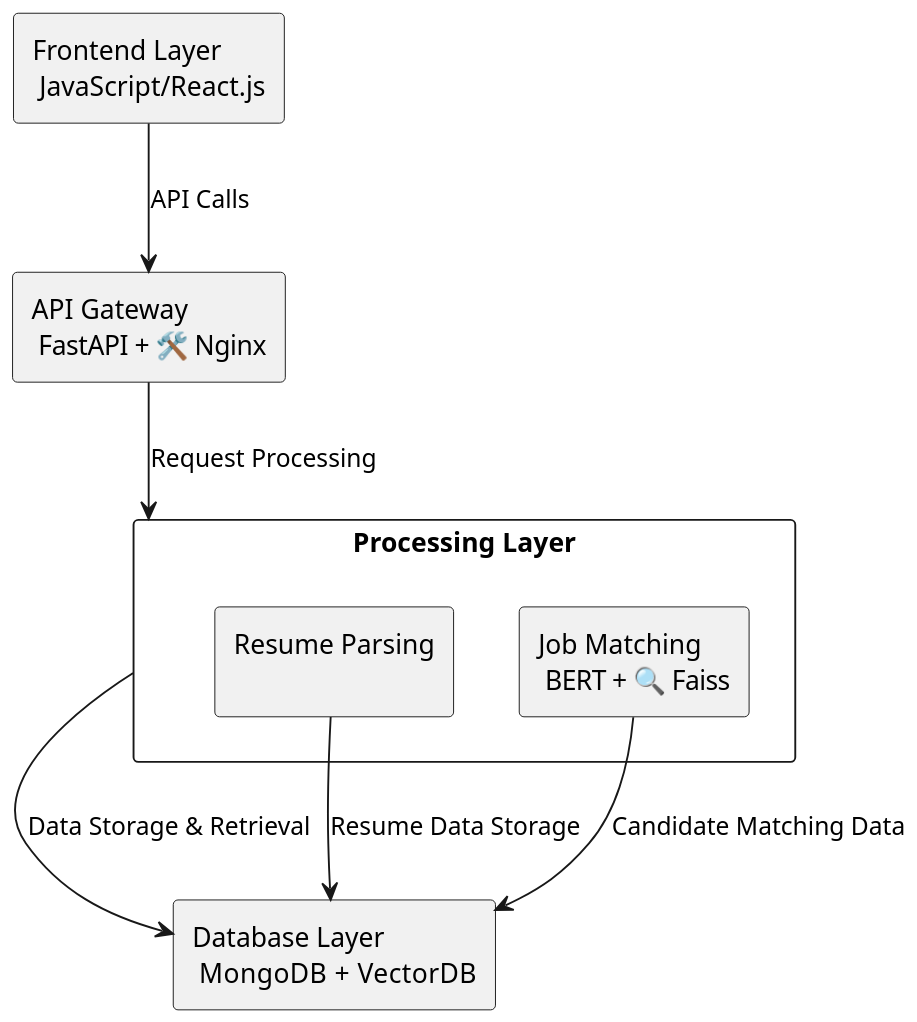
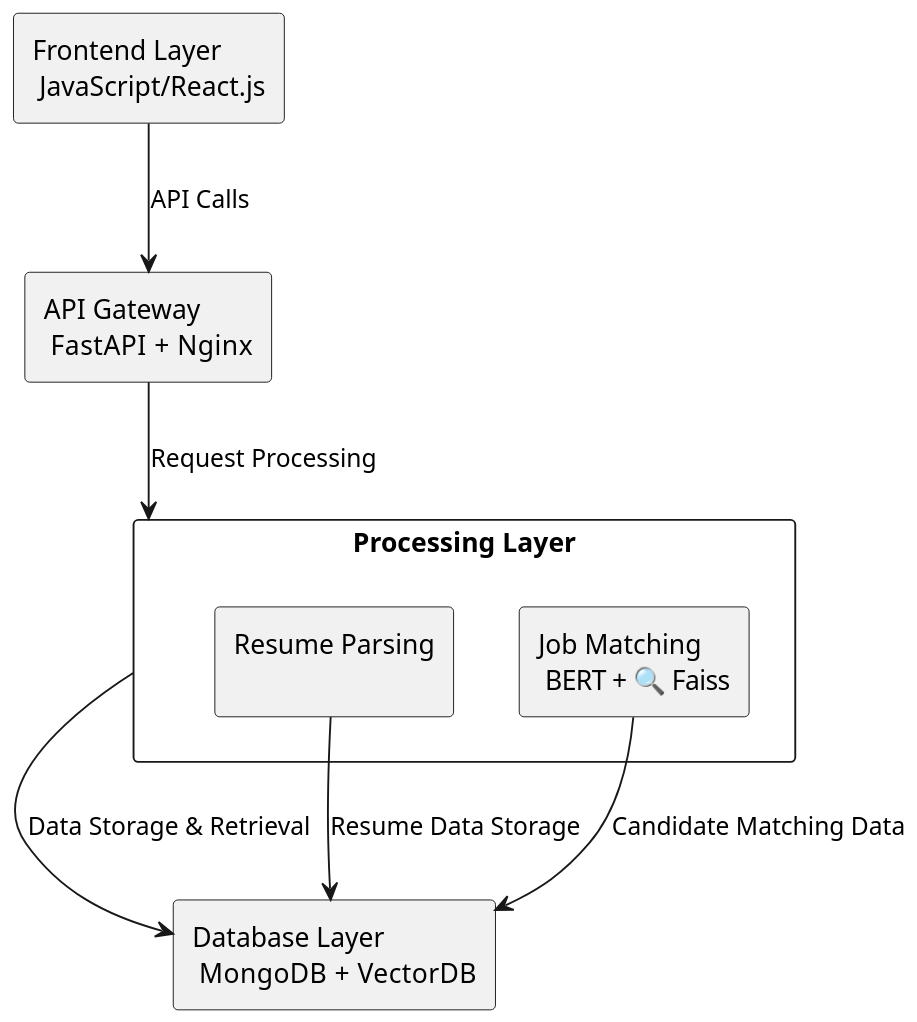
The diagram in DOCS/Level0_system_design.plantuml (jayd719/didactic-enigma), drawn with PlantUML before and after one commit. The commit also changed 1 other file, not shown here.

```diff
--- a/DOCS/Level0_system_design.plantuml
+++ b/DOCS/Level0_system_design.plantuml
@@ -1,28 +1,28 @@
 @startuml Level0_system_design
 
 skinparam dpi 150
 
 
 ' Frontend Layer
 rectangle "Frontend Layer\n JavaScript/React.js" as FE 
 
 ' API Gateway Layer
-rectangle "API Gateway\n FastAPI + 🛠️ Nginx" as APIG 
+rectangle "API Gateway\n FastAPI +  Nginx" as APIG 
 
 ' Core Processing Layer
 rectangle "Processing Layer" as PL {
   rectangle "Resume Parsing\n" as RP
   rectangle "Job Matching\n BERT + 🔍 Faiss" as JM
 }
 
 ' Database Layer
 rectangle "Database Layer\n MongoDB +  VectorDB" as DB 
 
 ' Define Relationships
 FE -down-> APIG : API Calls
 APIG -down-> PL : Request Processing
 PL -down-> DB : Data Storage & Retrieval
 RP -down-> DB : Resume Data Storage
 JM -down-> DB : Candidate Matching Data
 
 @enduml
```
